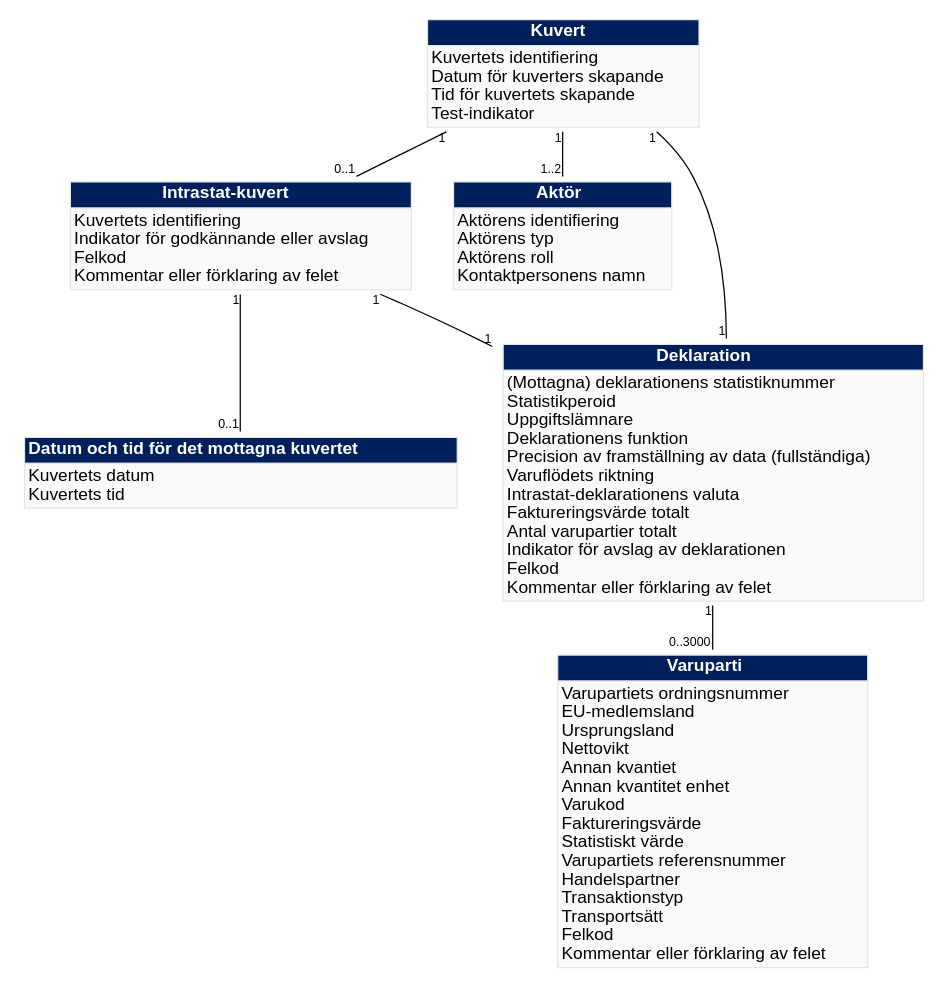
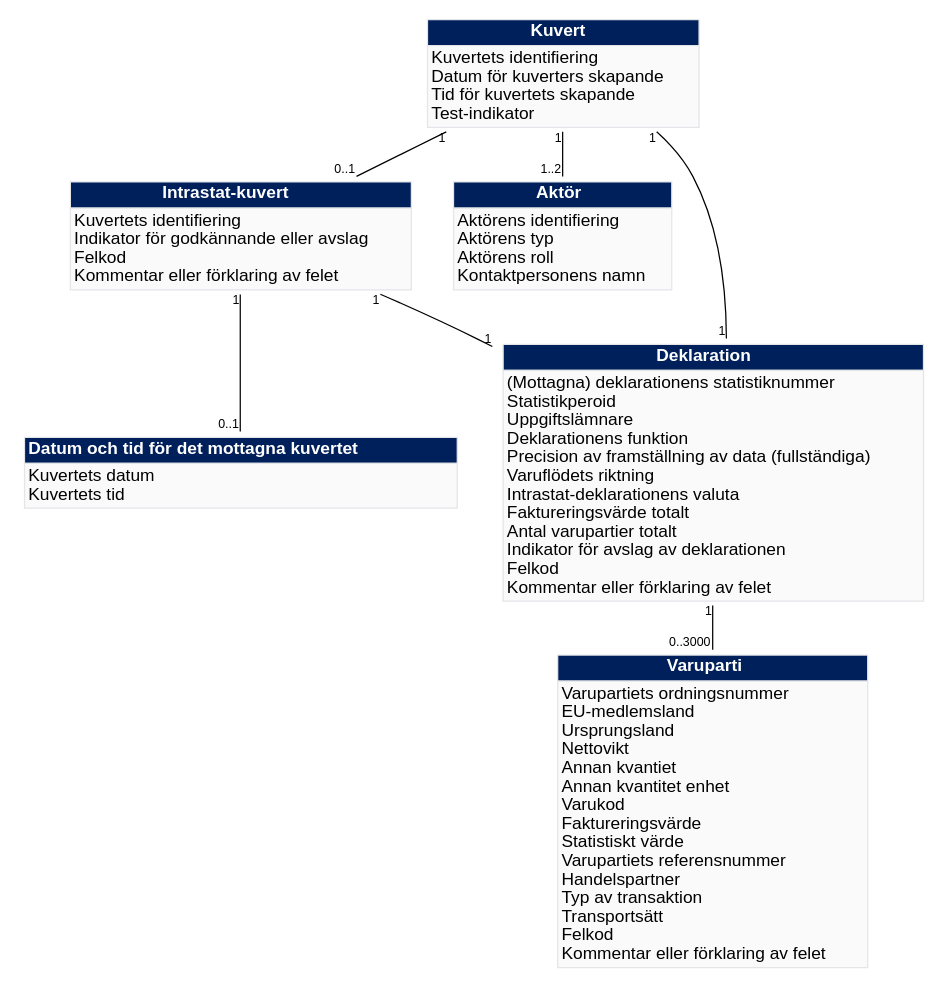
The diagram in Intrastat/common/sv.gv (FinnishCustoms-SuomenTulli/MIGs), drawn with Graphviz before and after one commit. The commit also changed 3 other files, not shown here.

```diff
--- a/Intrastat/common/sv.gv
+++ b/Intrastat/common/sv.gv
@@ -1,23 +1,23 @@
 graph Import2 {
    node [shape=plaintext, fontname = "helvetica"];
 	edge [fontname = "helvetica"];
 	"Envelope" [label=<<table border="0" cellspacing="0" cellborder="1" color="#E3E5E9"><tr><td bgcolor="#00205B"><font color="white"><b>Kuvert</b></font></td></tr>
 	<tr><td bgcolor="#fafafa" align="left">Kuvertets identifiering<br align="left"/>Datum för kuverters skapande<br align="left"/>Tid för kuvertets skapande<br align="left"/>Test-indikator<br align="left"/></td></tr></table>>];
 	"IntrastatEnvelope" [label=<<table border="0" cellspacing="0" cellborder="1" color="#E3E5E9"><tr><td bgcolor="#00205B"><font color="white"><b>Intrastat-kuvert</b></font></td></tr>
 	<tr><td bgcolor="#fafafa" align="left">Kuvertets identifiering<br align="left"/>Indikator för godkännande eller avslag<br align="left"/>Felkod<br align="left"/>Kommentar eller förklaring av felet<br align="left"/></td></tr></table>>];
 	"EnvelopeDateTime" [label=<<table border="0" cellspacing="0" cellborder="1" color="#E3E5E9"><tr><td bgcolor="#00205B"><font color="white"><b>Datum och tid för det mottagna kuvertet     </b></font></td></tr>
 	<tr><td bgcolor="#fafafa" align="left">Kuvertets datum<br align="left"/>Kuvertets tid<br align="left"/></td></tr></table>>];
 	"Party" [label=<<table border="0" cellspacing="0" cellborder="1" color="#E3E5E9"><tr><td bgcolor="#00205B"><font color="white"><b>Aktör</b></font></td></tr>
 	<tr><td bgcolor="#fafafa" align="left">Aktörens identifiering<br align="left"/>Aktörens typ<br align="left"/>Aktörens roll<br align="left"/>Kontaktpersonens namn<br align="left"/></td></tr></table>>];
 	"Declaration" [label=<<table border="0" cellspacing="0" cellborder="1" color="#E3E5E9"><tr><td bgcolor="#00205B"><font color="white"><b>Deklaration</b></font></td></tr>
 	<tr><td bgcolor="#fafafa" align="left">(Mottagna) deklarationens statistiknummer<br align="left"/>Statistikperoid<br align="left"/>Uppgiftslämnare<br align="left"/>Deklarationens funktion<br align="left"/>Precision av framställning av data (fullständiga)<br align="left"/>Varuflödets riktning<br align="left"/>Intrastat-deklarationens valuta<br align="left"/>Faktureringsvärde totalt<br align="left"/>Antal varupartier totalt<br align="left"/>Indikator för avslag av deklarationen<br align="left"/>Felkod<br align="left"/>Kommentar eller förklaring av felet<br align="left"/></td></tr></table>>];
 	"Item" [label=<<table border="0" cellspacing="0" cellborder="1" color="#E3E5E9"><tr><td bgcolor="#00205B"><font color="white"><b>Varuparti</b></font></td></tr>
-	<tr><td bgcolor="#fafafa" align="left">Varupartiets ordningsnummer<br align="left"/>EU-medlemsland<br align="left"/>Ursprungsland<br align="left"/>Nettovikt<br align="left"/>Annan kvantiet<br align="left"/>Annan kvantitet enhet<br align="left"/>Varukod<br align="left"/>Faktureringsvärde<br align="left"/>Statistiskt värde<br align="left"/>Varupartiets referensnummer<br align="left"/>Handelspartner<br align="left"/>Transaktionstyp<br align="left"/>Transportsätt<br align="left"/>Felkod<br align="left"/>Kommentar eller förklaring av felet<br align="left"/></td></tr></table>>];
+	<tr><td bgcolor="#fafafa" align="left">Varupartiets ordningsnummer<br align="left"/>EU-medlemsland<br align="left"/>Ursprungsland<br align="left"/>Nettovikt<br align="left"/>Annan kvantiet<br align="left"/>Annan kvantitet enhet<br align="left"/>Varukod<br align="left"/>Faktureringsvärde<br align="left"/>Statistiskt värde<br align="left"/>Varupartiets referensnummer<br align="left"/>Handelspartner<br align="left"/>Typ av transaktion<br align="left"/>Transportsätt<br align="left"/>Felkod<br align="left"/>Kommentar eller förklaring av felet<br align="left"/></td></tr></table>>];
 
 	"Envelope" -- "Party" [headlabel="1..2", taillabel="1" fontsize=10]
 	"Envelope" -- "IntrastatEnvelope" [headlabel="0..1", taillabel="1" fontsize=10]
 	"Envelope" -- "Declaration" [headlabel="1", taillabel="1" fontsize=10]
 	"IntrastatEnvelope" -- "Declaration" [headlabel="1", taillabel="1" fontsize=10]
 	"IntrastatEnvelope" -- "EnvelopeDateTime" [headlabel="0..1", taillabel="1" fontsize=10]
 	"Declaration" -- "Item" [headlabel="0..3000", taillabel="1" fontsize=10]
 }
```
